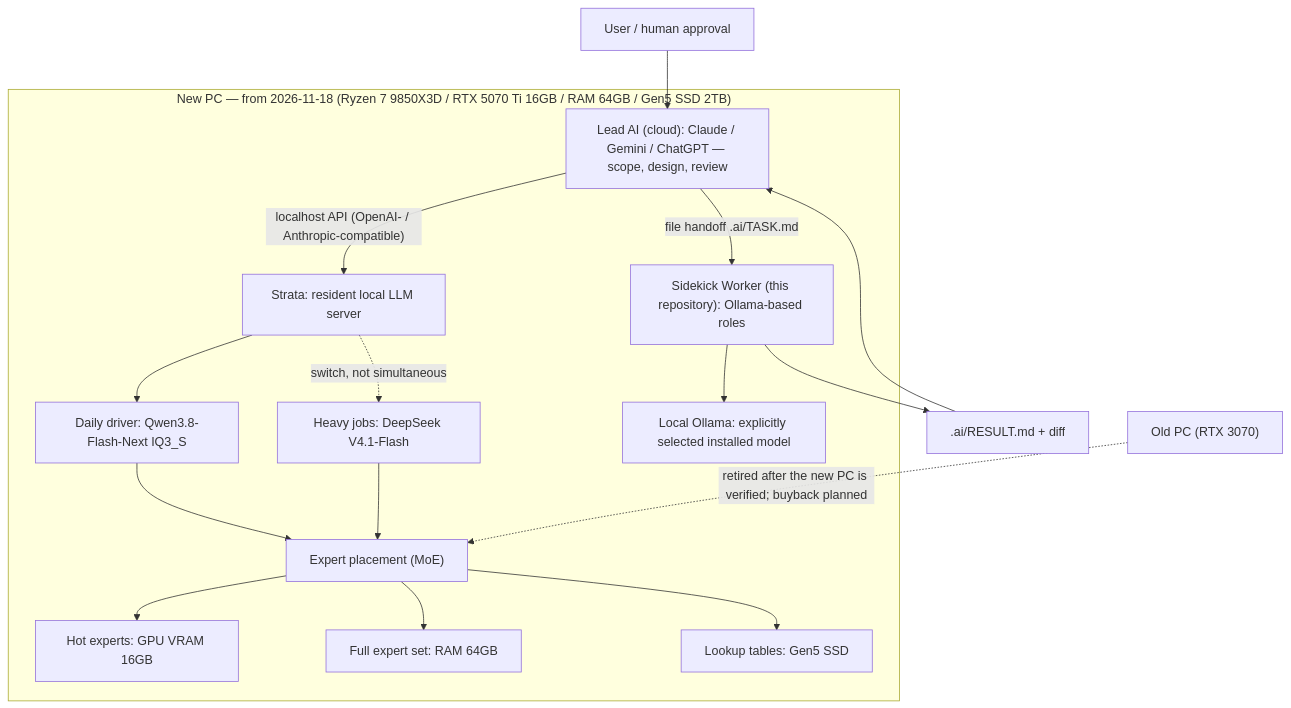
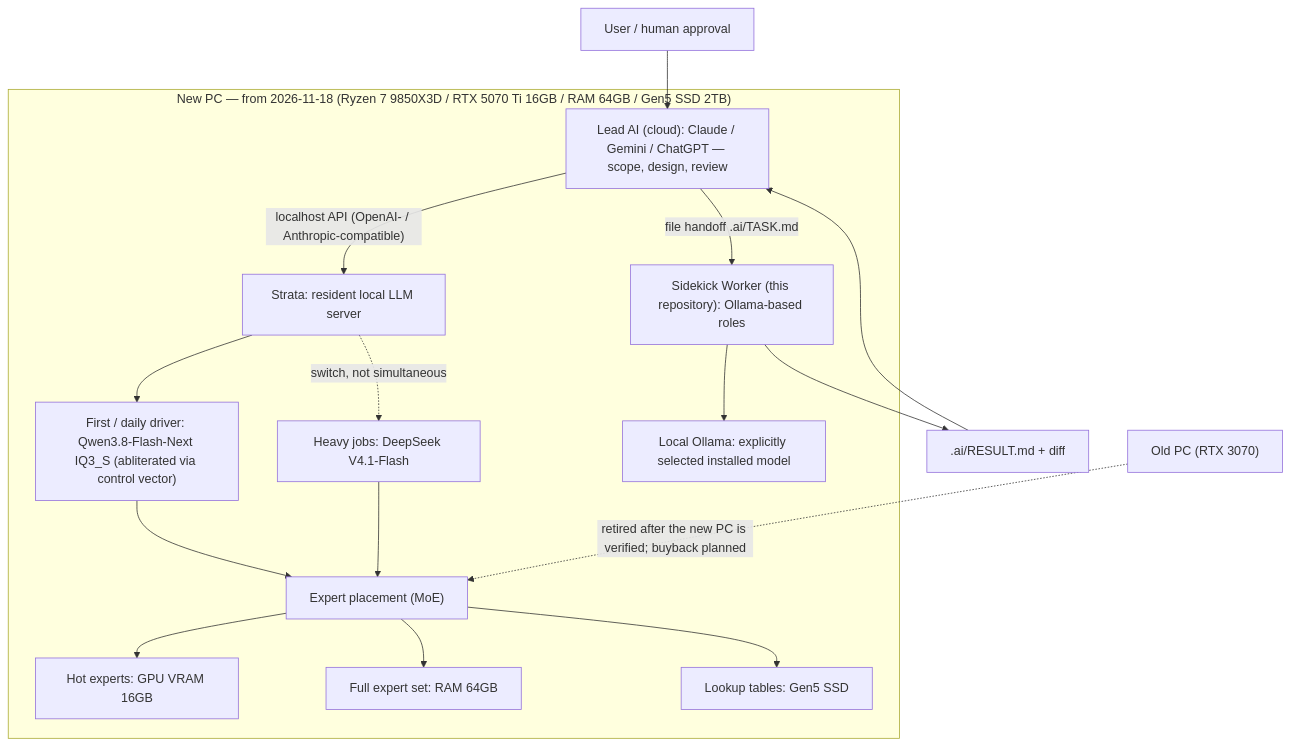
The diagram in docs/architecture-2026-11-18.md (moruku36/local-ai-sidekick), drawn with Mermaid before and after one commit. The commit also changed other lines of this file, not shown here.

Commit message:
docs: first model revised to Strata + Flash-Next abliterated (control vector); 27B dropped

````diff
--- a/docs/architecture-2026-11-18.md
+++ b/docs/architecture-2026-11-18.md
@@ -39,19 +39,19 @@
 ```mermaid
 flowchart TD
     U["User / human approval"] --> L["Lead AI (cloud): Claude / Gemini / ChatGPT — scope, design, review"]
     subgraph PC["New PC — from 2026-11-18 (Ryzen 7 9850X3D / RTX 5070 Ti 16GB / RAM 64GB / Gen5 SSD 2TB)"]
         L -->|"localhost API (OpenAI- / Anthropic-compatible)"| S["Strata: resident local LLM server"]
-        S --> A["Daily driver: Qwen3.8-Flash-Next IQ3_S"]
+        S --> A["First / daily driver: Qwen3.8-Flash-Next IQ3_S (abliterated via control vector)"]
         S -. "switch, not simultaneous" .-> B["Heavy jobs: DeepSeek V4.1-Flash"]
         A --> X["Expert placement (MoE)"]
         B --> X
         X --> G["Hot experts: GPU VRAM 16GB"]
         X --> M["Full expert set: RAM 64GB"]
         X --> D["Lookup tables: Gen5 SSD"]
         L -->|"file handoff .ai/TASK.md"| W["Sidekick Worker (this repository): Ollama-based roles"]
         W --> O["Local Ollama: explicitly selected installed model"]
     end
     W --> R[".ai/RESULT.md + diff"]
     R --> L
     Old["Old PC (RTX 3070)"] -. "retired after the new PC is verified; buyback planned" .-> X
 ```
````
